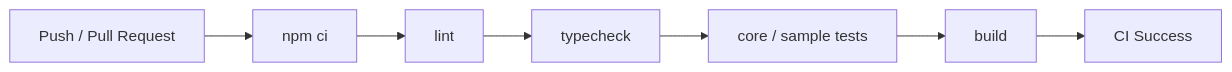
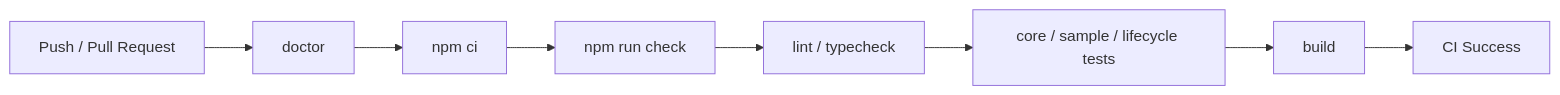
One commit to k-systems202208/nextjs-supabase-vercel-webapp-template changed the fourth of 4 diagrams in README.md. Above: the diagram before and after it, drawn with Mermaid. The commit also changed other lines of this file and 9 other files, not shown here.

````diff
--- a/README.md
+++ b/README.md
@@ -177,9 +189,10 @@
 ```mermaid
 flowchart LR
-    P["Push / Pull Request"] --> I["npm ci"]
-    I --> L["lint"]
-    L --> T["typecheck"]
-    T --> S["core / sample tests"]
-    S --> B["build"]
+    P["Push / Pull Request"] --> D["doctor"]
+    D --> I["npm ci"]
+    I --> C["npm run check"]
+    C --> L["lint / typecheck"]
+    L --> T["core / sample / lifecycle tests"]
+    T --> B["build"]
     B --> OK["CI Success"]
 ```
````
